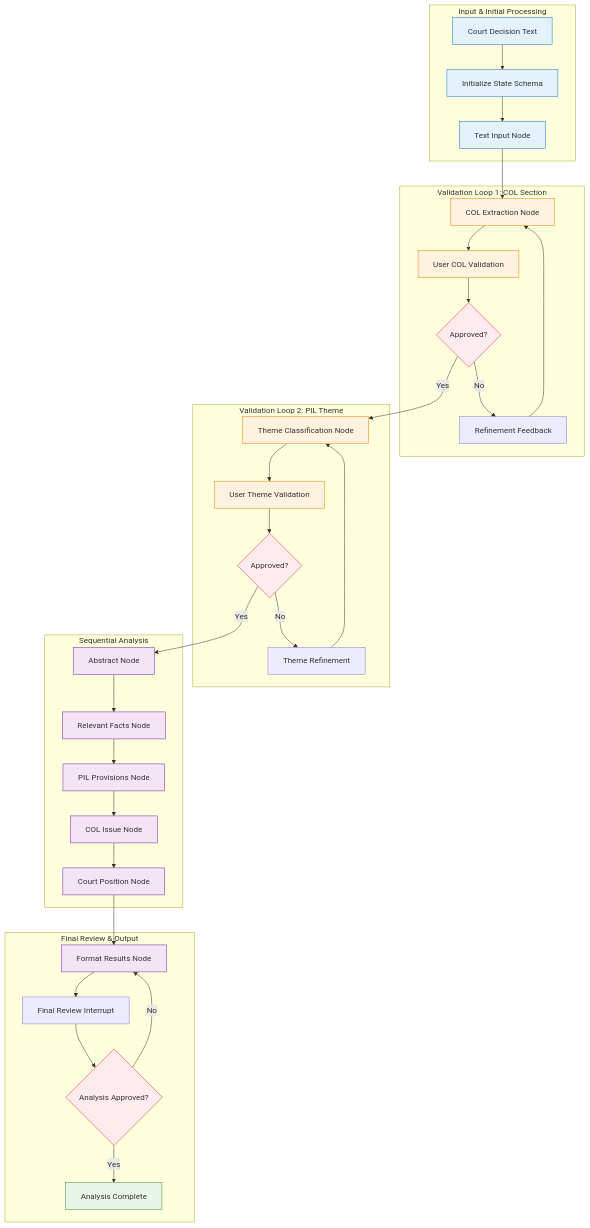
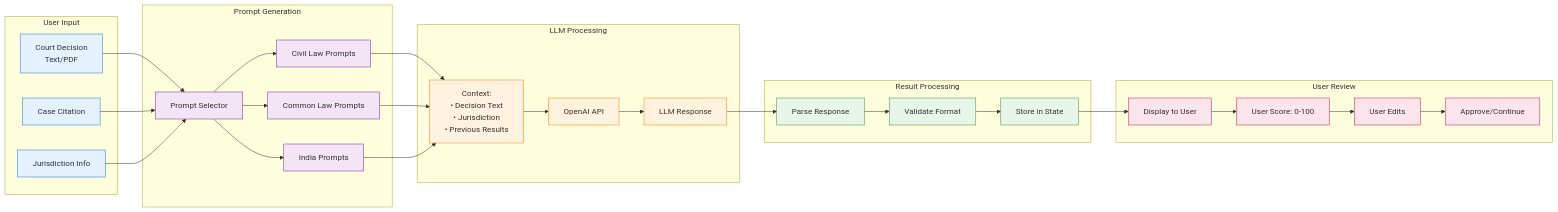
The fourth of 7 diagrams in docs/ARCHITECTURE.md (Choice-of-Law-Dataverse/cold-case-analysis), drawn with Mermaid before and after one commit. The commit also changed other lines of this file and 4 other files, not shown here.

````diff
--- a/docs/ARCHITECTURE.md
+++ b/docs/ARCHITECTURE.md
@@ -389,76 +451,68 @@
 ```mermaid
-flowchart TD
-    subgraph "Input & Initial Processing"
-        CourtText[Court Decision Text]
-        InitState[Initialize State Schema]
-        TextNode[Text Input Node]
+flowchart LR
+    subgraph "User Input"
+        Text[Court Decision<br/>Text/PDF]
+        Citation[Case Citation]
+        Jurisdiction[Jurisdiction Info]
     end
     
-    subgraph "Validation Loop 1: COL Section"
-        COLExtract[COL Extraction Node]
-        COLInterrupt[User COL Validation]
-        COLApproved{Approved?}
-        COLRefine[Refinement Feedback]
+    subgraph "Prompt Generation"
+        PromptSelector[Prompt Selector]
+        CivilLaw[Civil Law Prompts]
+        CommonLaw[Common Law Prompts]
+        India[India Prompts]
     end
     
-    subgraph "Validation Loop 2: PIL Theme"  
-        ThemeNode[Theme Classification Node]
-        ThemeInterrupt[User Theme Validation]
-        ThemeApproved{Approved?}
-        ThemeRefine[Theme Refinement]
+    subgraph "LLM Processing"
+        OpenAI[OpenAI API]
+        Context[Context:<br/>• Decision Text<br/>• Jurisdiction<br/>• Previous Results]
+        Response[LLM Response]
     end
     
-    subgraph "Sequential Analysis"
-        AbstractNode[Abstract Node]
-        FactsNode[Relevant Facts Node]
-        ProvisionsNode[PIL Provisions Node]
-        IssueNode[COL Issue Node]
-        PositionNode[Court Position Node]
+    subgraph "Result Processing"
+        Parse[Parse Response]
+        Validate[Validate Format]
+        Store[Store in State]
     end
     
-    subgraph "Final Review & Output"
-        FormatNode[Format Results Node]
-        FinalInterrupt[Final Review Interrupt]
-        FinalApproved{Analysis Approved?}
-        Complete[Analysis Complete]
+    subgraph "User Review"
+        Display[Display to User]
+        Score[User Score: 0-100]
+        Edit[User Edits]
+        Approve[Approve/Continue]
     end
-
-    CourtText --> InitState
-    InitState --> TextNode
-    TextNode --> COLExtract
-    COLExtract --> COLInterrupt
-    COLInterrupt --> COLApproved
     
-    COLApproved -->|Yes| ThemeNode
-    COLApproved -->|No| COLRefine
-    COLRefine --> COLExtract
+    Text --> PromptSelector
+    Citation --> PromptSelector
+    Jurisdiction --> PromptSelector
     
-    ThemeNode --> ThemeInterrupt
-    ThemeInterrupt --> ThemeApproved
-    ThemeApproved -->|Yes| AbstractNode
-    ThemeApproved -->|No| ThemeRefine
-    ThemeRefine --> ThemeNode
+    PromptSelector --> CivilLaw
+    PromptSelector --> CommonLaw
+    PromptSelector --> India
     
-    AbstractNode --> FactsNode
-    FactsNode --> ProvisionsNode
-    ProvisionsNode --> IssueNode
-    IssueNode --> PositionNode
-    PositionNode --> FormatNode
+    CivilLaw --> Context
+    CommonLaw --> Context
+    India --> Context
     
-    FormatNode --> FinalInterrupt
-    FinalInterrupt --> FinalApproved
-    FinalApproved -->|Yes| Complete
-    FinalApproved -->|No| FormatNode
-
+    Context --> OpenAI
+    OpenAI --> Response
+    Response --> Parse
+    Parse --> Validate
+    Validate --> Store
+    Store --> Display
+    Display --> Score
+    Score --> Edit
+    Edit --> Approve
+    
     classDef input fill:#e3f2fd,stroke:#1976d2
-    classDef validation fill:#fff3e0,stroke:#f57c00
-    classDef process fill:#f3e5f5,stroke:#7b1fa2
-    classDef output fill:#e8f5e8,stroke:#388e3c
-    classDef decision fill:#ffebee,stroke:#d32f2f
-
-    class CourtText,InitState,TextNode input
-    class COLExtract,COLInterrupt,ThemeNode,ThemeInterrupt validation
-    class AbstractNode,FactsNode,ProvisionsNode,IssueNode,PositionNode,FormatNode process
-    class Complete output
-    class COLApproved,ThemeApproved,FinalApproved decision
+    classDef prompt fill:#f3e5f5,stroke:#7b1fa2
+    classDef llm fill:#fff3e0,stroke:#f57c00
+    classDef process fill:#e8f5e9,stroke:#388e3c
+    classDef user fill:#fce4ec,stroke:#c2185b
+    
+    class Text,Citation,Jurisdiction input
+    class PromptSelector,CivilLaw,CommonLaw,India prompt
+    class OpenAI,Context,Response llm
+    class Parse,Validate,Store process
+    class Display,Score,Edit,Approve user
 ```
````
